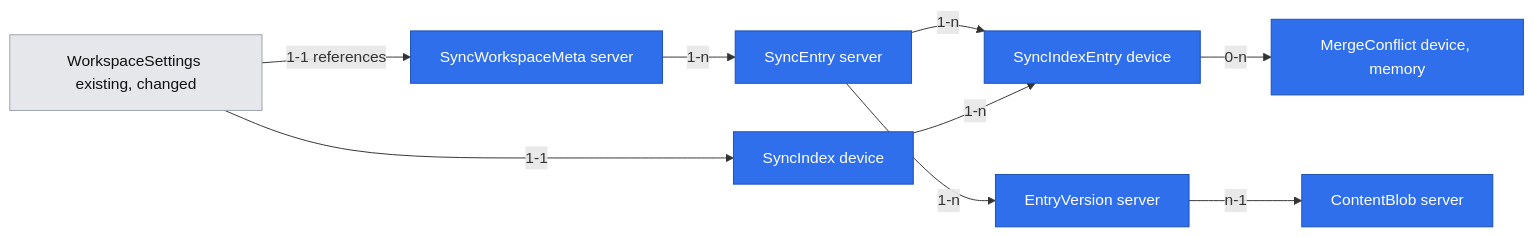
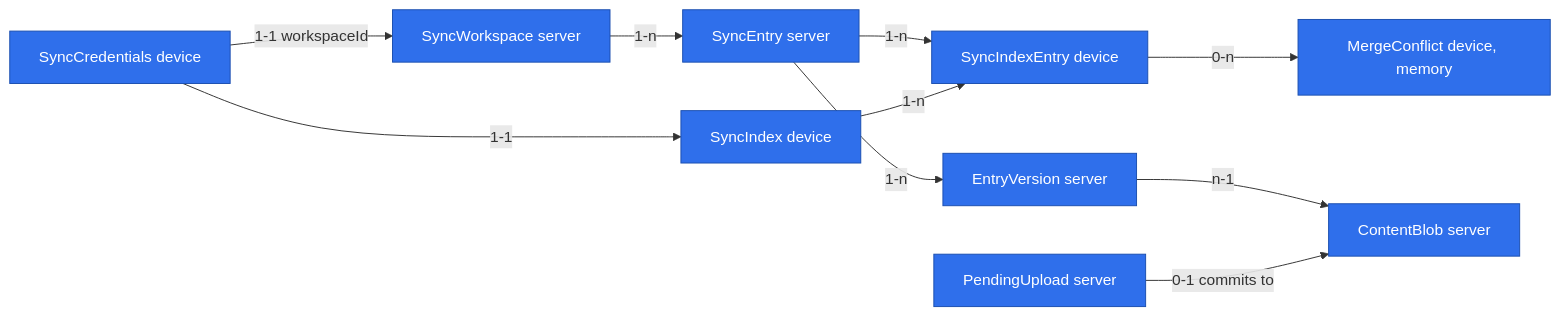
Before and after one commit to pawl0wski/Basalt: the second of 2 diagrams in .ai/specs/2026-11-16-sync-and-e2ee.md, drawn with Mermaid. The commit also changed other lines of this file and 1 other file, not shown here.

First line of the commit message:
docs(spec): harden the sync and E2EE spec after architectural review

````diff
--- a/.ai/specs/2026-11-16-sync-and-e2ee.md
+++ b/.ai/specs/2026-11-16-sync-and-e2ee.md
@@ -119,23 +136,25 @@
 ```mermaid
 flowchart LR
     classDef newEntity fill:#2f6feb,color:#fff,stroke:#1b4fb0
     classDef existingEntity fill:#e5e7eb,color:#111,stroke:#9ca3af
 
-    entity_1["SyncWorkspaceMeta server"]:::newEntity
+    entity_1["SyncWorkspace server"]:::newEntity
     entity_2["SyncEntry server"]:::newEntity
     entity_3["EntryVersion server"]:::newEntity
     entity_4["ContentBlob server"]:::newEntity
+    entity_9["PendingUpload server"]:::newEntity
     entity_5["SyncIndex device"]:::newEntity
     entity_6["SyncIndexEntry device"]:::newEntity
-    entity_7["WorkspaceSettings existing, changed"]:::existingEntity
+    entity_7["SyncCredentials device"]:::newEntity
     entity_8["MergeConflict device, memory"]:::newEntity
 
     entity_1 -->|1-n| entity_2
     entity_2 -->|1-n| entity_3
     entity_3 -->|n-1| entity_4
+    entity_9 -->|0-1 commits to| entity_4
     entity_2 -->|1-n| entity_6
     entity_5 -->|1-n| entity_6
     entity_7 -->|1-1| entity_5
-    entity_7 -->|1-1 references| entity_1
+    entity_7 -->|1-1 workspaceId| entity_1
     entity_6 -->|0-n| entity_8
 ```
````
